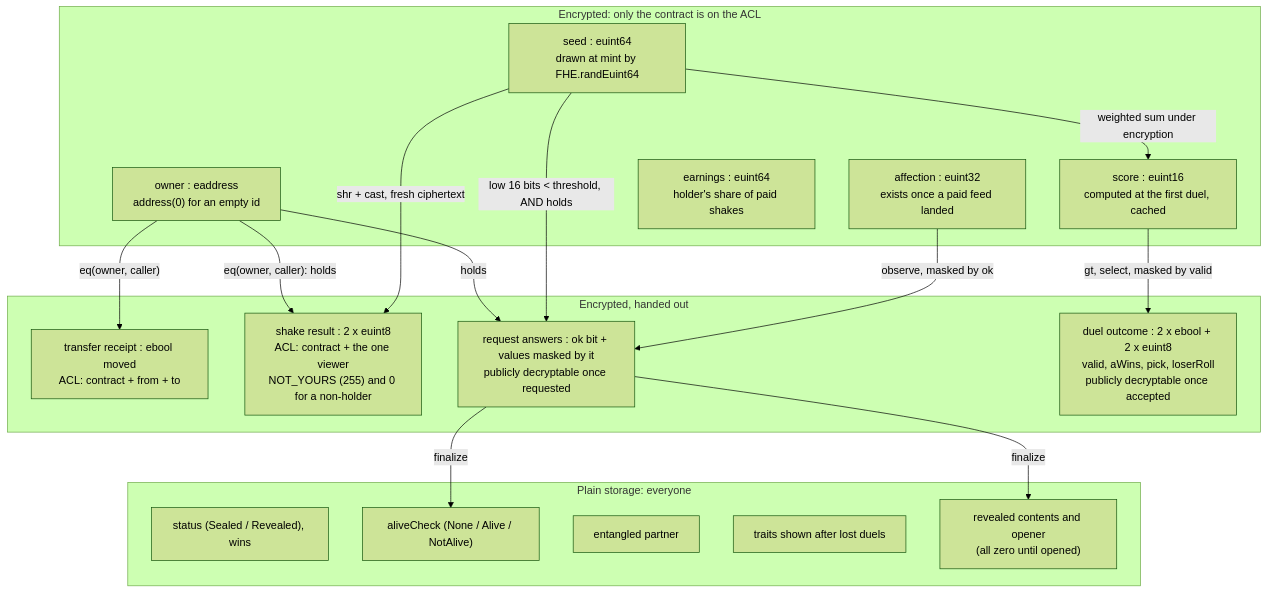
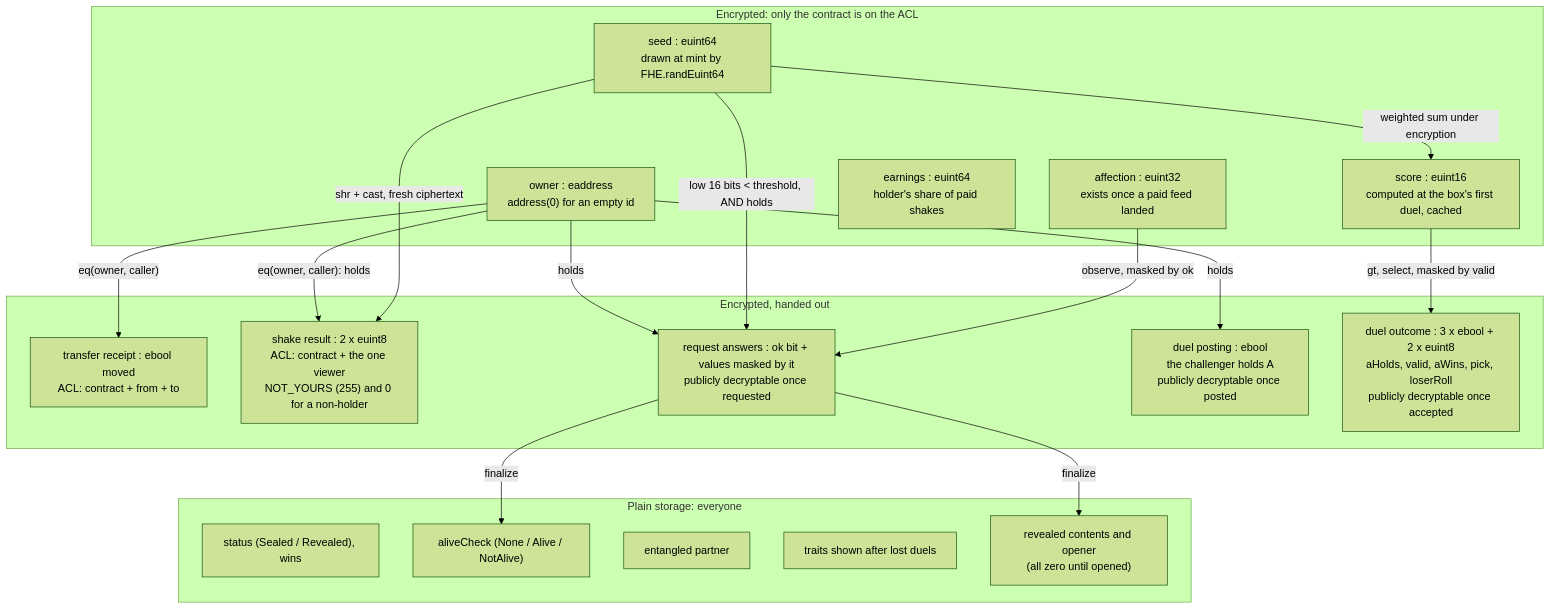
Before and after one commit to jecombe/do_not_open: the first of 2 diagrams in docs/DATA_MODEL.md, drawn with Mermaid (forest theme). The commit also changed other lines of this file and 35 other files, not shown here.

````diff
--- a/docs/DATA_MODEL.md
+++ b/docs/DATA_MODEL.md
@@ -5,33 +5,35 @@
 ```mermaid
 flowchart TB
   subgraph enc["Encrypted: only the contract is on the ACL"]
     owner["owner : eaddress<br/>address(0) for an empty id"]
     seed["seed : euint64<br/>drawn at mint by FHE.randEuint64"]
     aff["affection : euint32<br/>exists once a paid feed landed"]
-    score["score : euint16<br/>computed at the first duel, cached"]
+    score["score : euint16<br/>computed at the box's first duel, cached"]
     earn["earnings : euint64<br/>holder's share of paid shakes"]
   end
   subgraph fresh["Encrypted, handed out"]
     moved["transfer receipt : ebool moved<br/>ACL: contract + from + to"]
     shake["shake result : 2 x euint8<br/>ACL: contract + the one viewer<br/>NOT_YOURS (255) and 0 for a non-holder"]
     req["request answers : ok bit + values masked by it<br/>publicly decryptable once requested"]
-    duel["duel outcome : 2 x ebool + 2 x euint8<br/>valid, aWins, pick, loserRoll<br/>publicly decryptable once accepted"]
+    dpost["duel posting : ebool<br/>the challenger holds A<br/>publicly decryptable once posted"]
+    duel["duel outcome : 3 x ebool + 2 x euint8<br/>aHolds, valid, aWins, pick, loserRoll<br/>publicly decryptable once accepted"]
   end
   subgraph pub["Plain storage: everyone"]
     status["status (Sealed / Revealed), wins"]
     badge["aliveCheck (None / Alive / NotAlive)"]
     partner["entangled partner"]
     ptraits["traits shown after lost duels"]
     rev["revealed contents and opener<br/>(all zero until opened)"]
   end
   owner -- "eq(owner, caller)" --> moved
   owner -- "eq(owner, caller): holds" --> shake
   seed -- "shr + cast, fresh ciphertext" --> shake
   owner -- "holds" --> req
+  owner -- "holds" --> dpost
   seed -- "low 16 bits < threshold, AND holds" --> req
   seed -- "weighted sum under encryption" --> score
   score -- "gt, select, masked by valid" --> duel
   req -- "finalize" --> badge
   req -- "finalize" --> rev
   aff -- "observe, masked by ok" --> req
 ```
````
